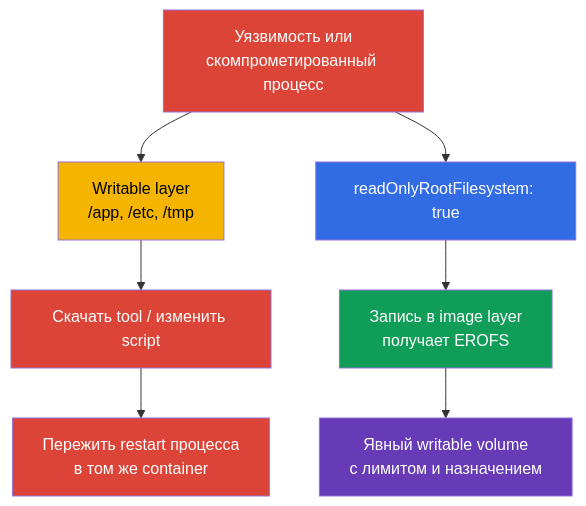
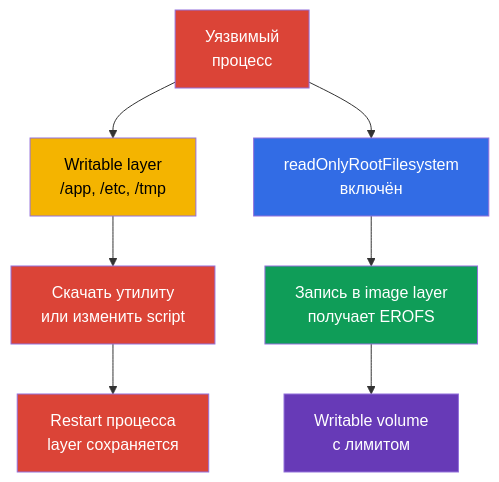
Before and after one commit to ViktorUJ/cks: the first of 3 diagrams in tasks/cks/course/31/ru.md, drawn with Mermaid. The commit also changed other lines of this file and 15 other files, not shown here.

````diff
--- a/tasks/cks/course/31/ru.md
+++ b/tasks/cks/course/31/ru.md
@@ -36,16 +41,16 @@
 ```mermaid
 flowchart TB
-    vuln["Уязвимость или<br/>скомпрометированный процесс"] --> write["Writable layer<br/>/app, /etc, /tmp"]
-    write --> tool["Скачать tool / изменить script"]
-    tool --> persist["Пережить restart процесса<br/>в том же container"]
-    ro["readOnlyRootFilesystem: true"] --> deny["Запись в image layer<br/>получает EROFS"]
-    deny --> volume["Явный writable volume<br/>с лимитом и назначением"]
+    vuln["Уязвимый<br/>процесс"] --> write["Writable layer<br/>/app, /etc, /tmp"]
+    write --> tool["Скачать утилиту<br/>или изменить script"]
+    tool --> persist["Restart процесса<br/>layer сохраняется"]
+    ro["readOnlyRootFilesystem<br/>включён"] --> deny["Запись в image layer<br/>получает EROFS"]
+    deny --> volume["Writable volume<br/>с лимитом"]
     vuln --> ro
     style vuln fill:#db4437,color:#fff
     style write fill:#f4b400,color:#000
     style tool fill:#db4437,color:#fff
     style persist fill:#db4437,color:#fff
     style ro fill:#326ce5,color:#fff
     style deny fill:#0f9d58,color:#fff
     style volume fill:#673ab7,color:#fff
 ```
````
